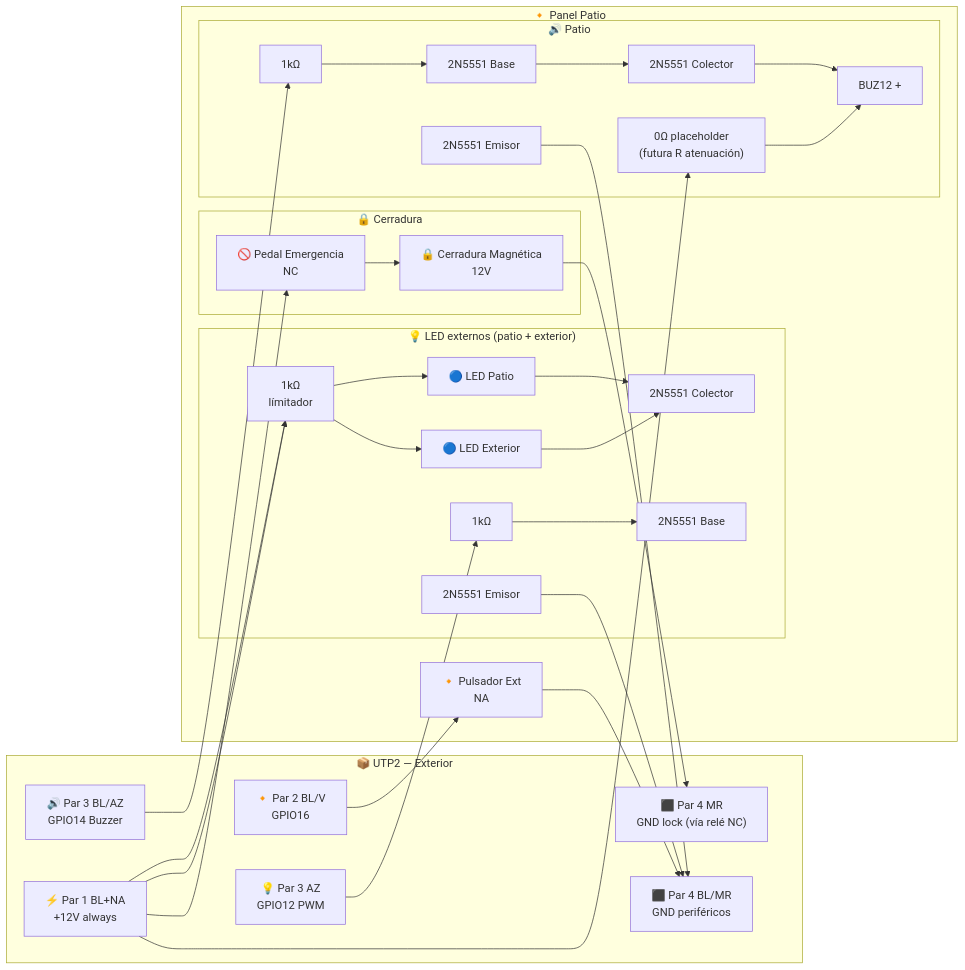
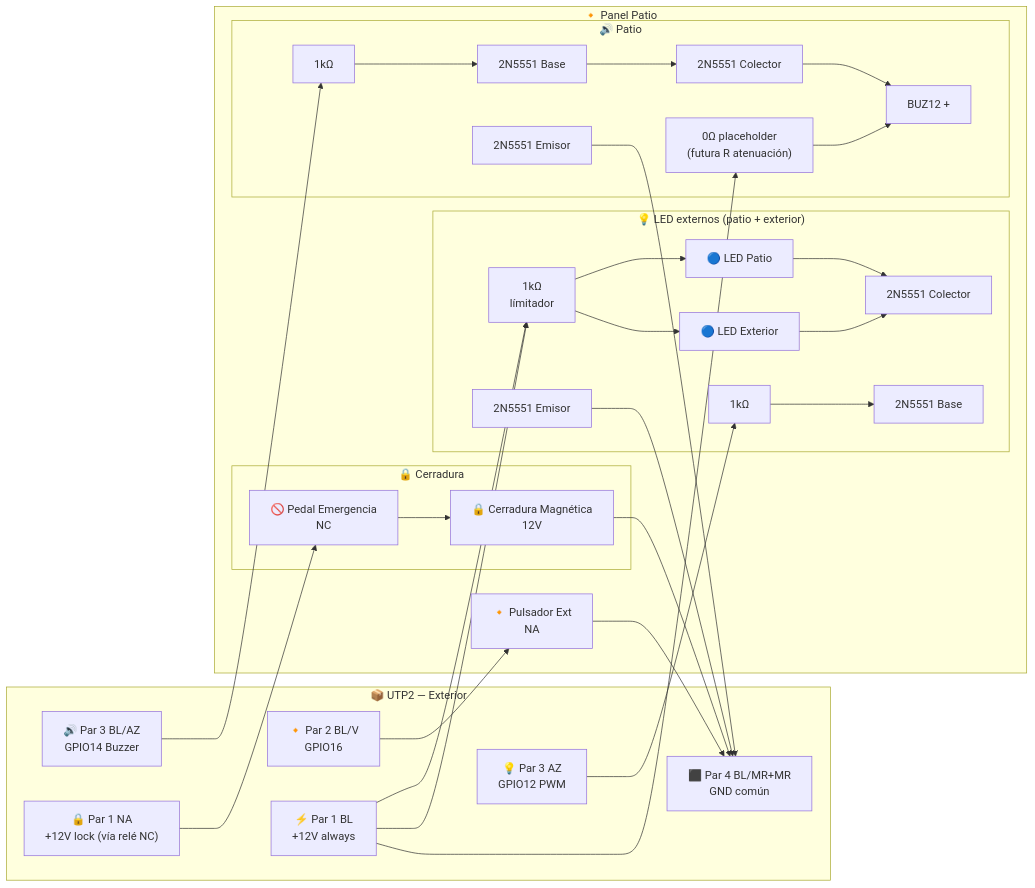
Before and after one commit to abelbour/Abrepuertas: the fifth of 11 diagrams in README.md, drawn with Mermaid. The commit also changed other lines of this file and 1 other file, not shown here.

````diff
--- a/README.md
+++ b/README.md
@@ -532,38 +536,38 @@
 ```mermaid
 flowchart LR
     subgraph UTP2["📦 UTP2 — Exterior"]
         NA["🔸 Par 2 BL/V<br/>GPIO16"]
         AZ["💡 Par 3 AZ<br/>GPIO12 PWM"]
         BLAZ["🔊 Par 3 BL/AZ<br/>GPIO14 Buzzer"]
-        P1_12V["⚡ Par 1 BL+NA<br/>+12V always"]
-        P4_GND_PERIF["⬛ Par 4 BL/MR<br/>GND periféricos"]
-        P4_GND_LOCK["⬛ Par 4 MR<br/>GND lock (vía relé NC)"]
+        P1_12V_ALWAYS["⚡ Par 1 BL<br/>+12V always"]
+        P1_12V_SW["🔒 Par 1 NA<br/>+12V lock (vía relé NC)"]
+        P4_GND["⬛ Par 4 BL/MR+MR<br/>GND común"]
     end
 
     subgraph Panel["🔸 Panel Patio"]
         NA --> Puls["🔸 Pulsador Ext<br/>NA"]
-        Puls --> P4_GND_PERIF
+        Puls --> P4_GND
 
         subgraph LedExt["💡 LED externos (patio + exterior)"]
             AZ --> RB[1kΩ] --> B[2N5551 Base]
-            P1_12V --> RL["1kΩ<br/>límitador"] --> LED1["🔵 LED Patio"]
-            P1_12V --> RL --> LED2["🔵 LED Exterior"]
+            P1_12V_ALWAYS --> RL["1kΩ<br/>límitador"] --> LED1["🔵 LED Patio"]
+            P1_12V_ALWAYS --> RL --> LED2["🔵 LED Exterior"]
             LED1 --> C[2N5551 Colector]
             LED2 --> C
-            E[2N5551 Emisor] --> P4_GND_PERIF
+            E[2N5551 Emisor] --> P4_GND
         end
 
         subgraph LockCircuit["🔒 Cerradura"]
-            P1_12V --> Pedal["🚫 Pedal Emergencia<br/>NC"]
+            P1_12V_SW --> Pedal["🚫 Pedal Emergencia<br/>NC"]
             Pedal --> Lock["🔒 Cerradura Magnética<br/>12V"]
-            Lock --> P4_GND_LOCK
+            Lock --> P4_GND
         end
 
         subgraph BuzzerPatio["🔊 Patio"]
             BLAZ --> RBZ[1kΩ] --> BB[2N5551 Base]
-            P1_12V --> R0["0Ω placeholder<br/>(futura R atenuación)"] --> BZ12["BUZ12 +"]
+            P1_12V_ALWAYS --> R0["0Ω placeholder<br/>(futura R atenuación)"] --> BZ12["BUZ12 +"]
             BB --> CB[2N5551 Colector] --> BZ12
-            EB[2N5551 Emisor] --> P4_GND_PERIF
+            EB[2N5551 Emisor] --> P4_GND
         end
     end
 ```
````
